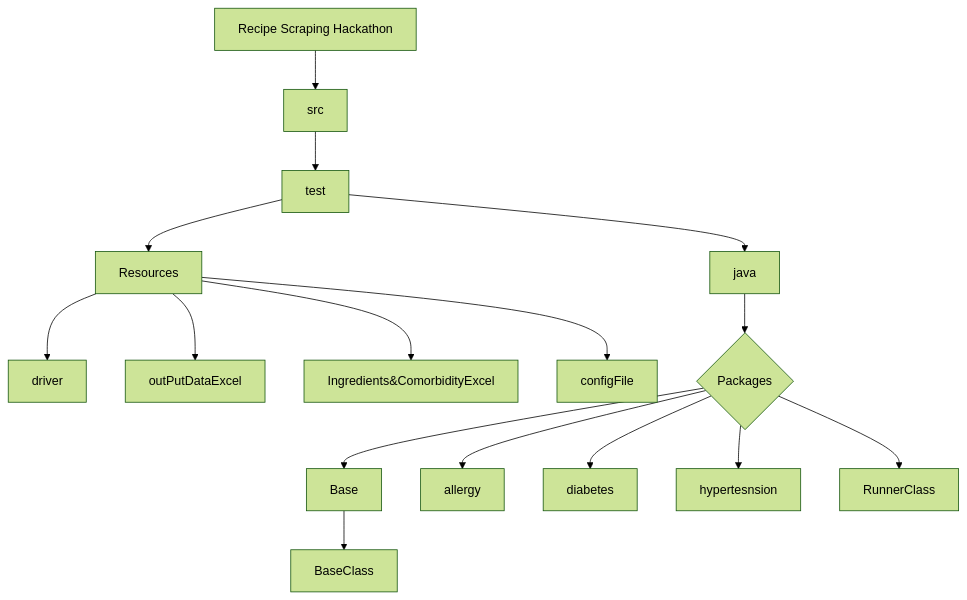
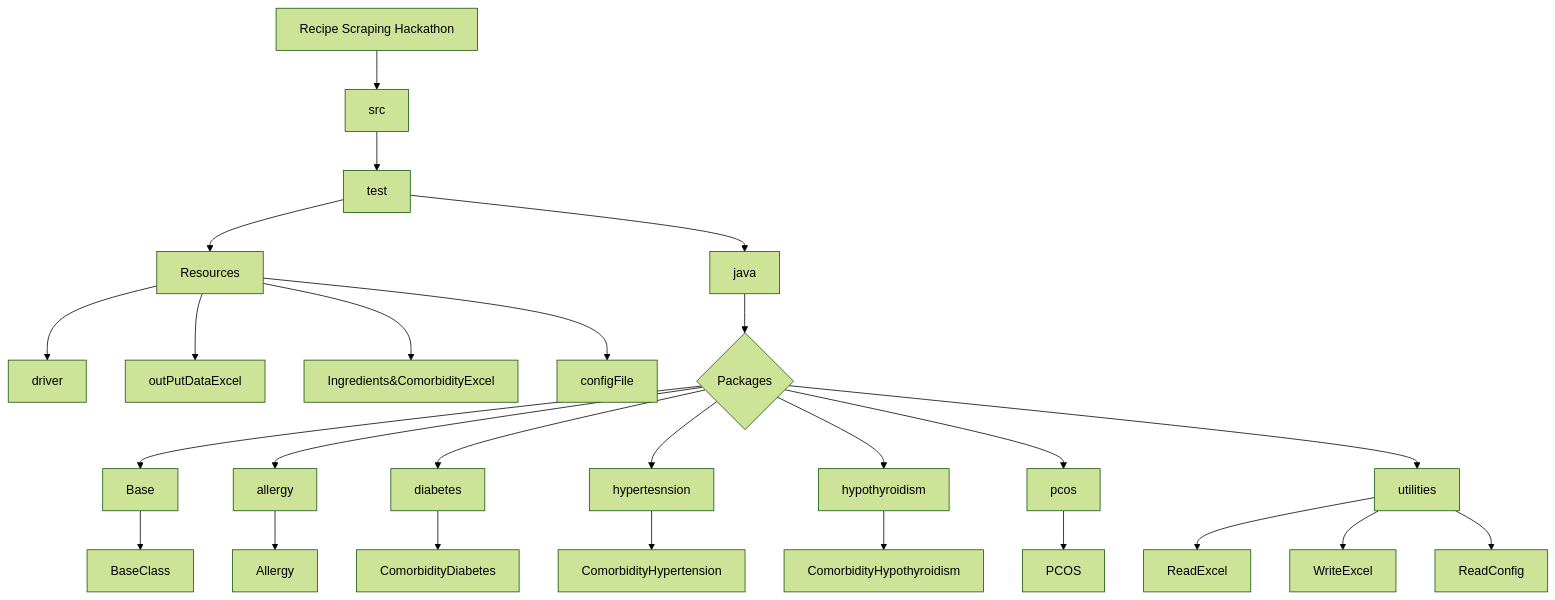
One commit to ayeshgaur/Recipe_Scraping_Hackathon_April2023_Data_Scrapers_T15 changed the diagram in README.md. Above: the diagram before and after it, drawn with Mermaid (forest theme). The commit also changed other lines of this file, not shown here.

````diff
--- a/README.md
+++ b/README.md
@@ -9,18 +9,22 @@
 ```mermaid
 flowchart 
 A[Recipe Scraping Hackathon] --> B[src]--> C[test] -->D[java]
 C--> R[Resources]
 R-->driver
 R--> outPutDataExcel
 R-->Ingredients&ComorbidityExcel
 R-->configFile
 D-->E{Packages}
 E --> F[Base]
 F-->BaseClass
-E-->allergy
-E -->diabetes
-E-->hypertesnsion
-E --> RunnerClass
-
+E-->allergy -->Allergy
+E -->diabetes-->ComorbidityDiabetes
+E-->hypertesnsion-->ComorbidityHypertension
+E -->hypothyroidism-->ComorbidityHypothyroidism
+E-->pcos-->PCOS
+E-->G[utilities]
+G-->ReadExcel
+G-->WriteExcel
+G-->ReadConfig
 
 ```
````
